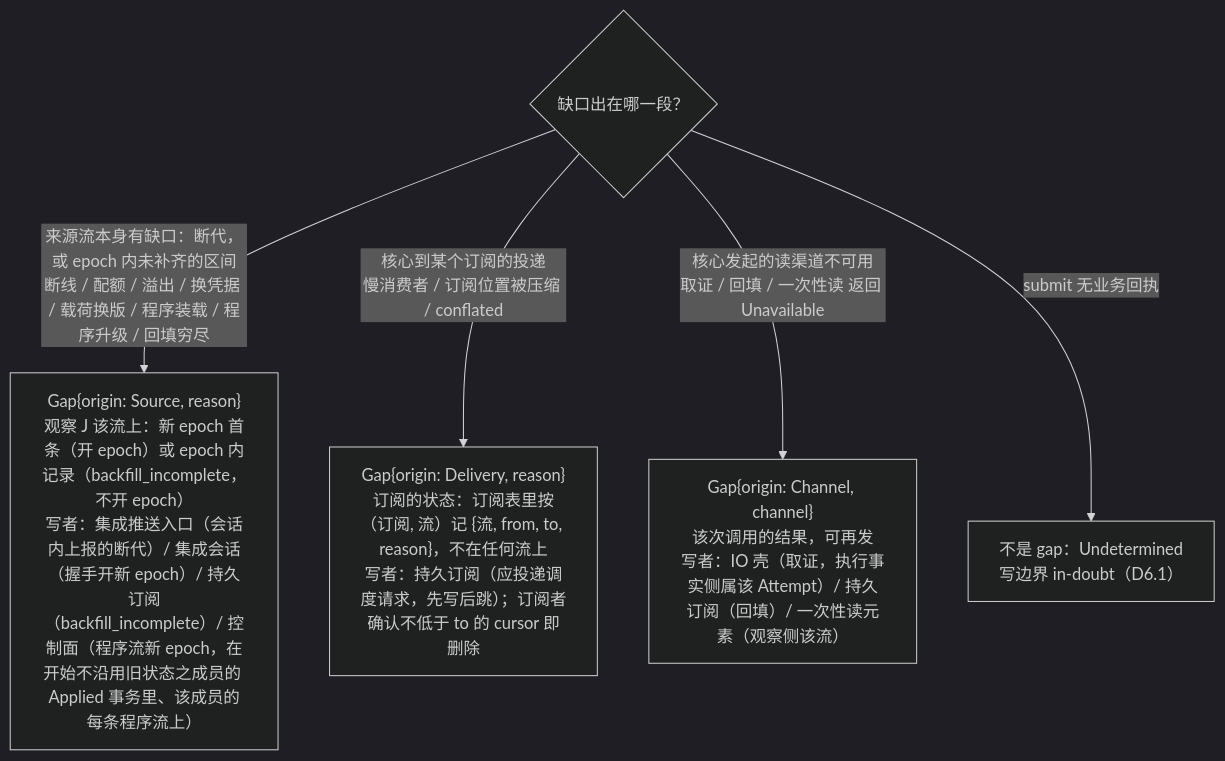
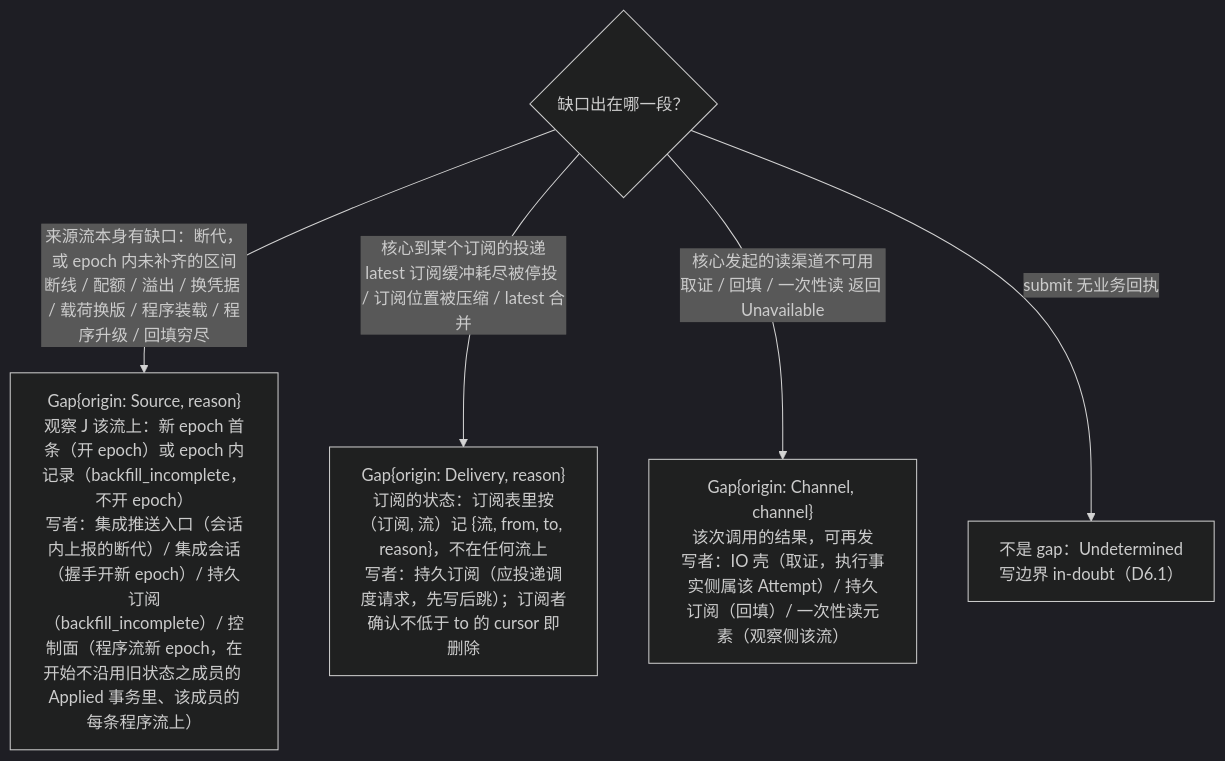
Before and after one commit to mouriya-s-lab/uta: the sixth of 6 diagrams in design/diagrams/03-observation-ingest.md, drawn with Mermaid (dark theme). The commit also changed other lines of this file and 14 other files, not shown here.

````diff
--- a/design/diagrams/03-observation-ingest.md
+++ b/design/diagrams/03-observation-ingest.md
@@ -241,8 +241,8 @@
 ```mermaid
 flowchart TB
   Q{"缺口出在哪一段？"}
   Q -->|"来源流本身有缺口：断代，或 epoch 内未补齐的区间<br/>断线 / 配额 / 溢出 / 换凭据 / 载荷换版 / 程序装载 / 程序升级 / 回填穷尽"| S["Gap{origin: Source, reason}<br/>观察 J 该流上：新 epoch 首条（开 epoch）或 epoch 内记录（backfill_incomplete，不开 epoch）<br/>写者：集成推送入口（会话内上报的断代）/ 集成会话（握手开新 epoch）/ 持久订阅（backfill_incomplete）/ 控制面（程序流新 epoch，在开始不沿用旧状态之成员的 Applied 事务里、该成员的每条程序流上）"]
-  Q -->|"核心到某个订阅的投递<br/>慢消费者 / 订阅位置被压缩 / conflated"| D["Gap{origin: Delivery, reason}<br/>订阅的状态：订阅表里按（订阅, 流）记 {流, from, to, reason}，不在任何流上<br/>写者：持久订阅（应投递调度请求，先写后跳）；订阅者确认不低于 to 的 cursor 即删除"]
+  Q -->|"核心到某个订阅的投递<br/>latest 订阅缓冲耗尽被停投 / 订阅位置被压缩 / latest 合并"| D["Gap{origin: Delivery, reason}<br/>订阅的状态：订阅表里按（订阅, 流）记 {流, from, to, reason}，不在任何流上<br/>写者：持久订阅（应投递调度请求，先写后跳）；订阅者确认不低于 to 的 cursor 即删除"]
   Q -->|"核心发起的读渠道不可用<br/>取证 / 回填 / 一次性读 返回 Unavailable"| C["Gap{origin: Channel, channel}<br/>该次调用的结果，可再发<br/>写者：IO 壳（取证，执行事实侧属该 Attempt）/ 持久订阅（回填）/ 一次性读元素（观察侧该流）"]
   Q -->|"submit 无业务回执"| U["不是 gap：Undetermined<br/>写边界 in-doubt（D6.1）"]
 ```
````
